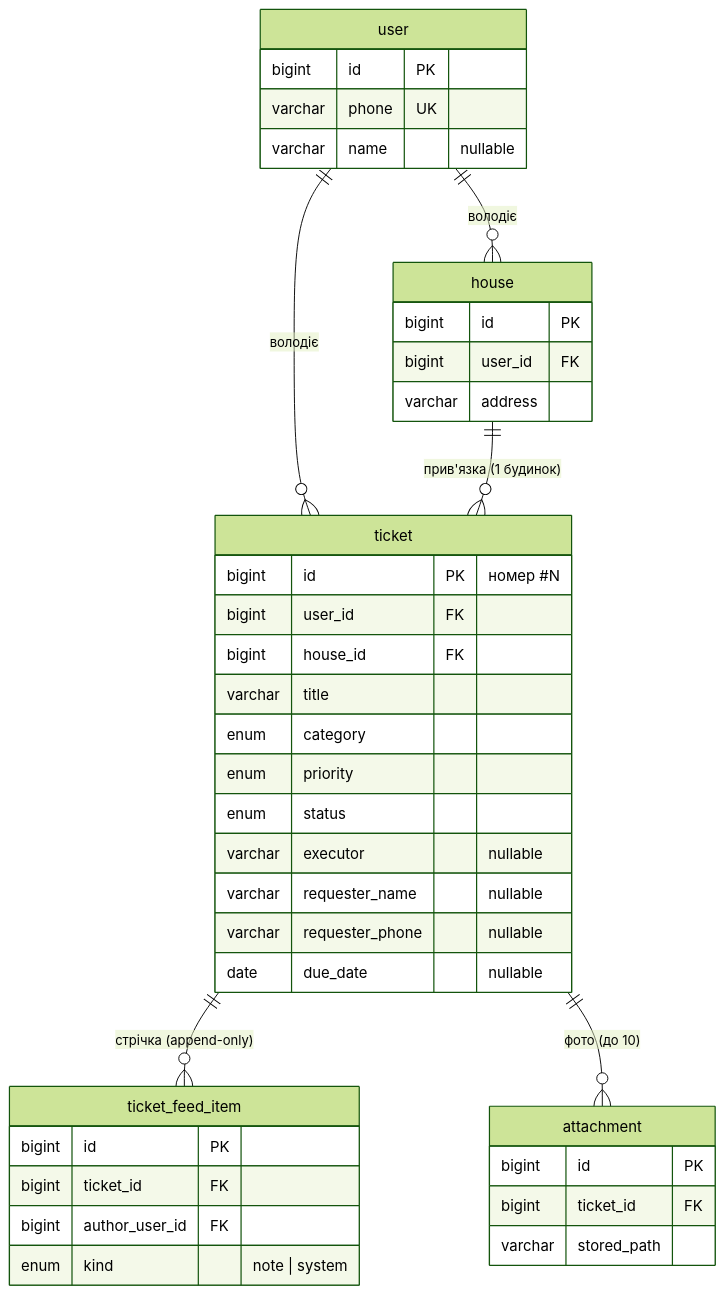
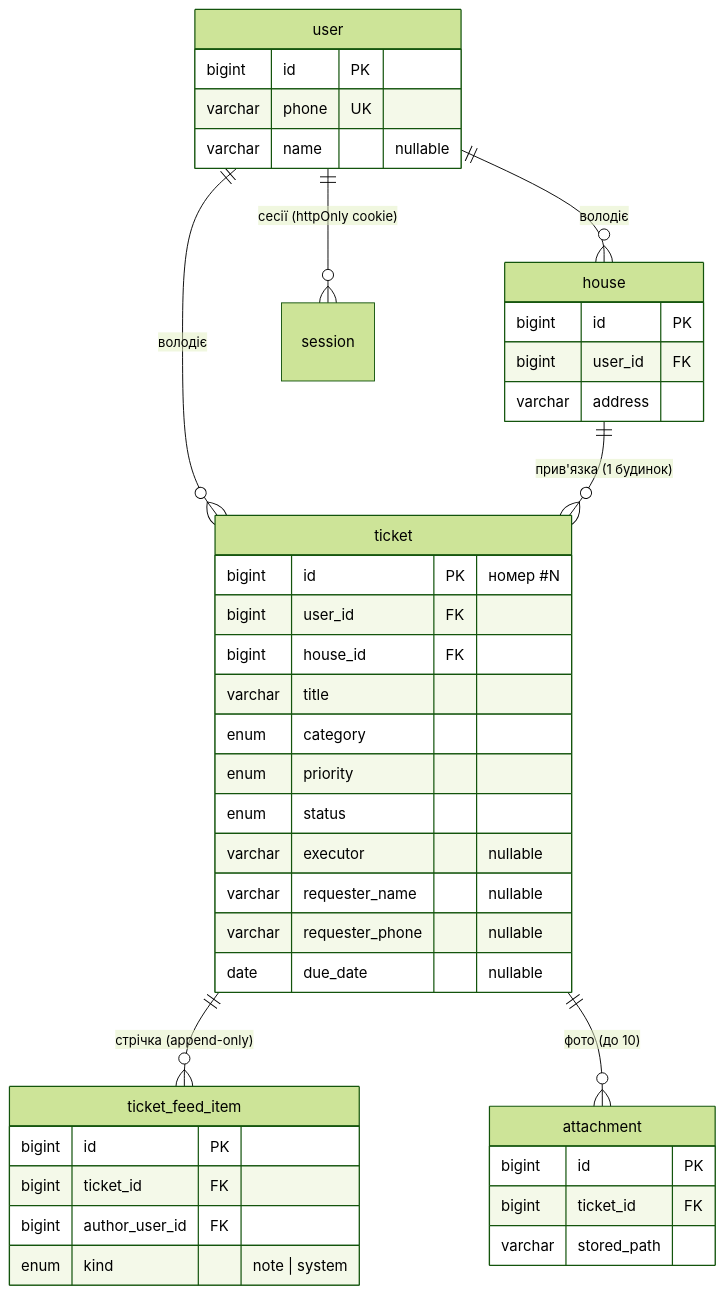
Before and after one commit to vplvua/2026-fwdays-agentic-greenfield-task: the diagram in docs/PRD.md, drawn with Mermaid (forest theme). The commit also changed other lines of this file and 5 other files, not shown here.

````diff
--- a/docs/PRD.md
+++ b/docs/PRD.md
@@ -357,42 +362,43 @@
 ```mermaid
 erDiagram
     user ||--o{ house : "володіє"
     user ||--o{ ticket : "володіє"
+    user ||--o{ session : "сесії (httpOnly cookie)"
     house ||--o{ ticket : "прив'язка (1 будинок)"
     ticket ||--o{ ticket_feed_item : "стрічка (append-only)"
     ticket ||--o{ attachment : "фото (до 10)"
     user {
         bigint id PK
         varchar phone UK
         varchar name "nullable"
     }
     house {
         bigint id PK
         bigint user_id FK
         varchar address
     }
     ticket {
         bigint id PK "номер #N"
         bigint user_id FK
         bigint house_id FK
         varchar title
         enum category
         enum priority
         enum status
         varchar executor "nullable"
         varchar requester_name "nullable"
         varchar requester_phone "nullable"
         date due_date "nullable"
     }
     ticket_feed_item {
         bigint id PK
         bigint ticket_id FK
         bigint author_user_id FK
         enum kind "note | system"
     }
     attachment {
         bigint id PK
         bigint ticket_id FK
         varchar stored_path
     }
 ```
````
